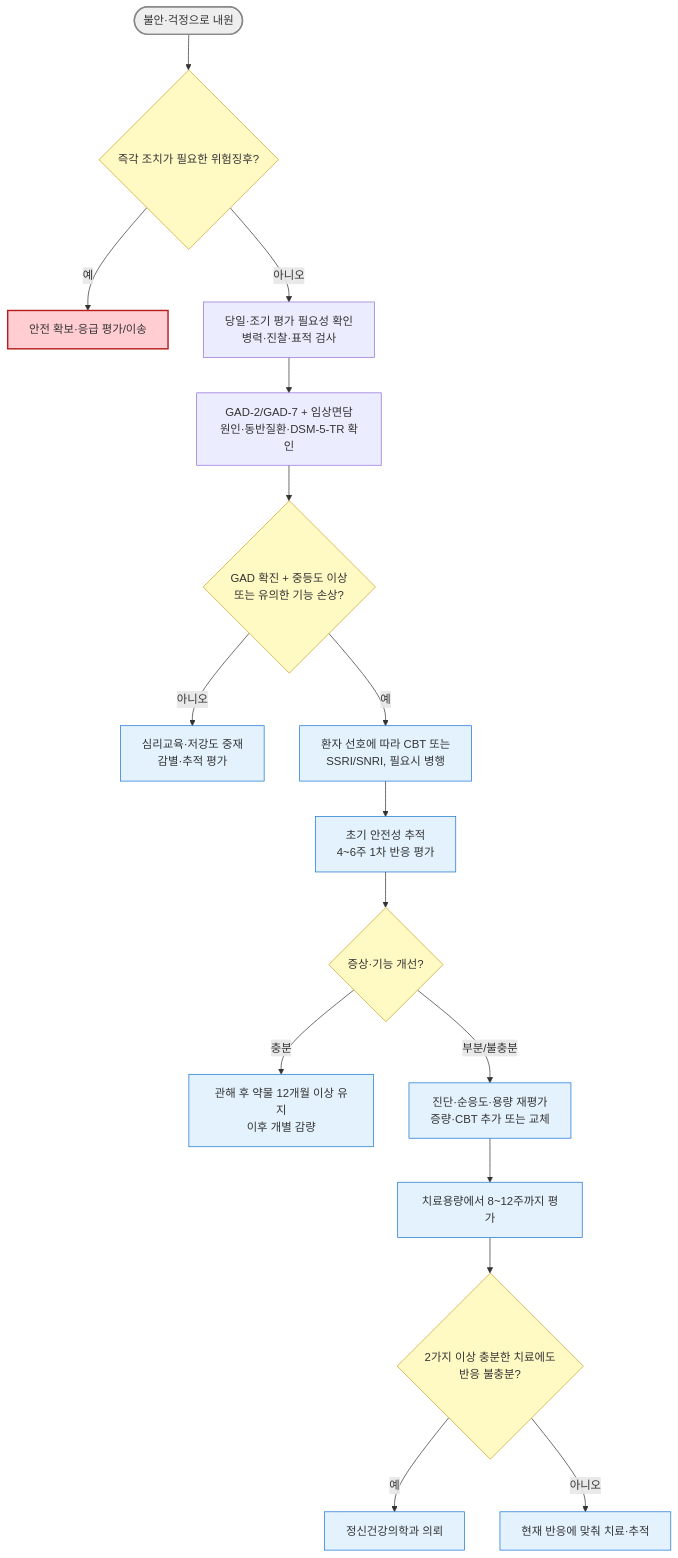
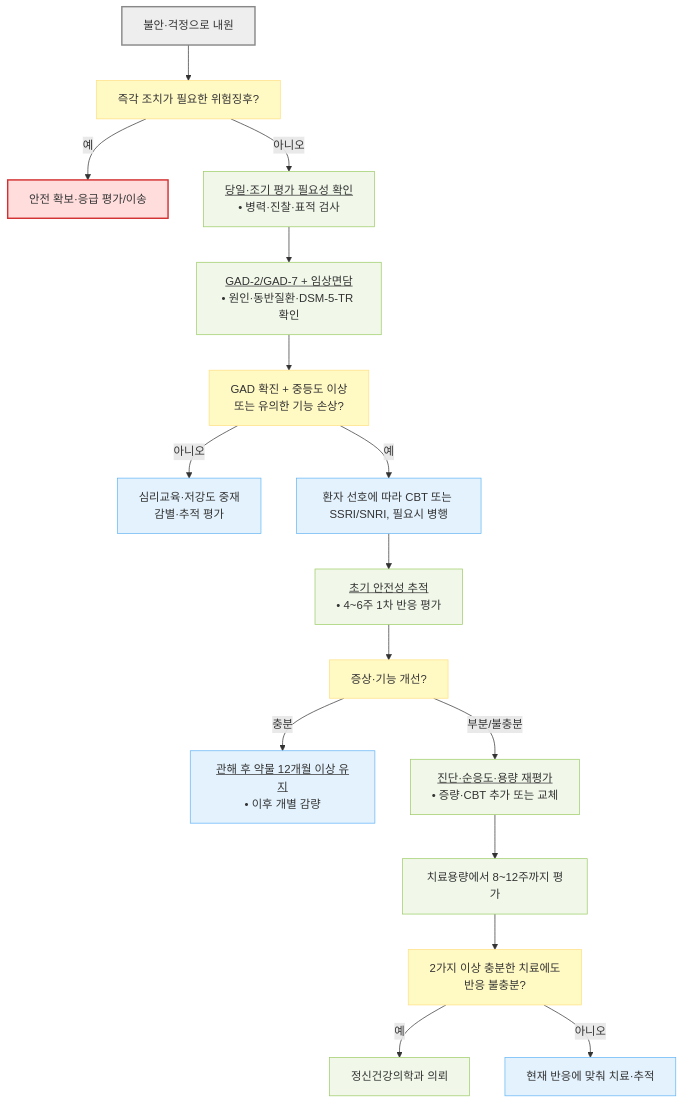
One commit to familyoh77/familyoh77 changed the diagram in 221_/025_-anxiety-disorder.md. Above: the diagram before and after it, drawn with Mermaid. The commit also changed 17 other files, not shown here.

````diff
--- a/221_/025_-anxiety-disorder.md
+++ b/221_/025_-anxiety-disorder.md
@@ -206,26 +206,29 @@
 ```mermaid
 flowchart TD
-    Start(["불안·걱정으로 내원"]) --> RF{"즉각 조치가 필요한 위험징후?"}
+    Start["불안·걱정으로 내원"] --> RF["즉각 조치가 필요한 위험징후?"]
     RF -- "예" --> ER["안전 확보·응급 평가/이송"]
-    RF -- "아니오" --> Eval["당일·조기 평가 필요성 확인<br/>병력·진찰·표적 검사"]
-    Eval --> Dx["GAD-2/GAD-7 + 임상면담<br/>원인·동반질환·DSM-5-TR 확인"]
-    Dx --> Q{"GAD 확진 + 중등도 이상<br/>또는 유의한 기능 손상?"}
+    RF -- "아니오" --> Eval["<u>당일·조기 평가 필요성 확인</u><br/>• 병력·진찰·표적 검사"]
+    Eval --> Dx["<u>GAD-2/GAD-7 + 임상면담</u><br/>• 원인·동반질환·DSM-5-TR 확인"]
+    Dx --> Q["GAD 확진 + 중등도 이상<br/>또는 유의한 기능 손상?"]
     Q -- "아니오" --> Low["심리교육·저강도 중재<br/>감별·추적 평가"]
-    Q -- "예" --> Tx["환자 선호에 따라 CBT 또는<br/>SSRI/SNRI, 필요시 병행"]
-    Tx --> Review["초기 안전성 추적<br/>4~6주 1차 반응 평가"]
-    Review --> R{"증상·기능 개선?"}
-    R -- "충분" --> Keep["관해 후 약물 12개월 이상 유지<br/>이후 개별 감량"]
-    R -- "부분/불충분" --> Opt["진단·순응도·용량 재평가<br/>증량·CBT 추가 또는 교체"]
+    Q -- "예" --> Tx["환자 선호에 따라 CBT 또는 SSRI/SNRI, 필요시 병행"]
+    Tx --> Review["<u>초기 안전성 추적</u><br/>• 4~6주 1차 반응 평가"]
+    Review --> R["증상·기능 개선?"]
+    R -- "충분" --> Keep["<u>관해 후 약물 12개월 이상 유지</u><br/>• 이후 개별 감량"]
+    R -- "부분/불충분" --> Opt["<u>진단·순응도·용량 재평가</u><br/>• 증량·CBT 추가 또는 교체"]
     Opt --> Trial["치료용량에서 8~12주까지 평가"]
-    Trial --> Resist{"2가지 이상 충분한 치료에도<br/>반응 불충분?"}
+    Trial --> Resist["2가지 이상 충분한 치료에도<br/>반응 불충분?"]
     Resist -- "예" --> Ref["정신건강의학과 의뢰"]
     Resist -- "아니오" --> Plan["현재 반응에 맞춰 치료·추적"]
-    classDef start fill:#eee,stroke:#888,stroke-width:2px
-    classDef decision fill:#fff9c4,stroke:#c9a227,stroke-width:1px
-    classDef emergency fill:#ffcdd2,stroke:#b71c1c,stroke-width:2px
-    classDef treatment fill:#e3f2fd,stroke:#1976d2,stroke-width:1px
+
+    classDef start fill:#eeeeee,stroke:#888888,stroke-width:2px
+    classDef question fill:#fff9c4,stroke:#ffe082
+    classDef emergency fill:#ffdddd,stroke:#d32f2f,stroke-width:2px
+    classDef evaluation fill:#f1f8e9,stroke:#9ccc65
+    classDef treatment fill:#e3f2fd,stroke:#64b5f6
     class Start start
-    class RF,Q,R,Resist decision
+    class RF,Q,R,Resist question
     class ER emergency
-    class Low,Tx,Review,Keep,Opt,Trial,Ref,Plan treatment
+    class Eval,Dx,Review,Opt,Trial,Ref evaluation
+    class Low,Tx,Keep,Plan treatment
 ```
````
